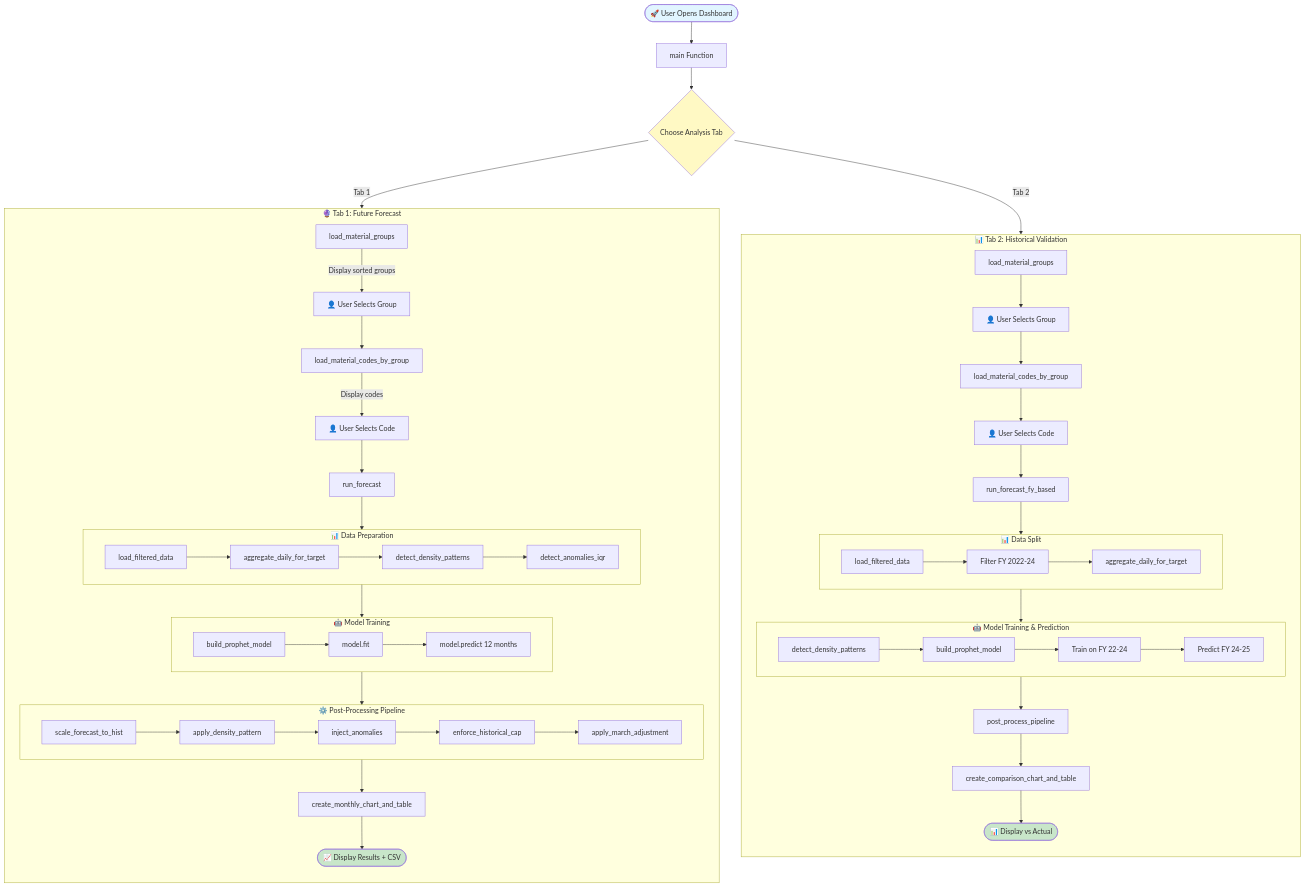
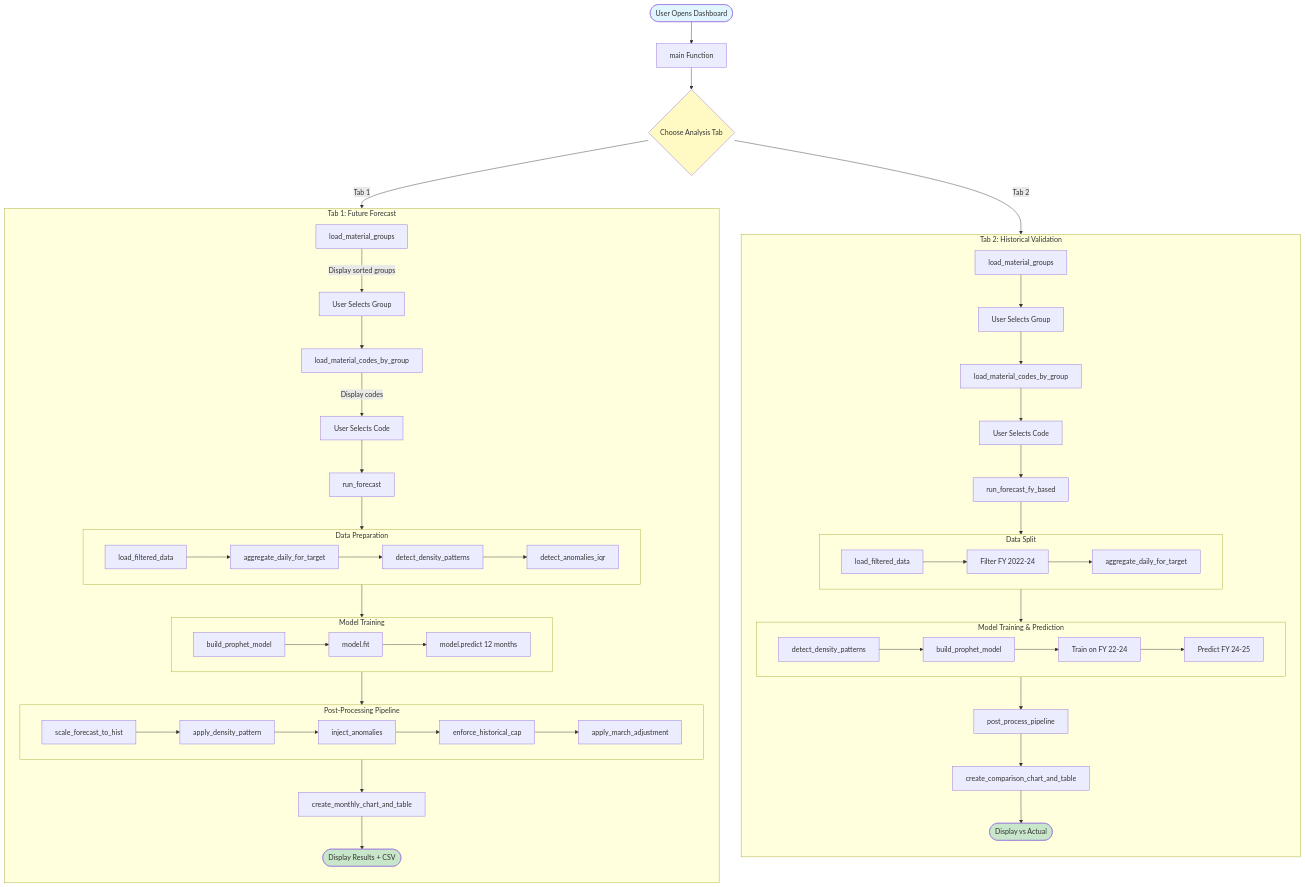
One commit to Tejas-kasmo/Supreme changed the first of 4 diagrams in README.md. Above: the diagram before and after it, drawn with Mermaid. The commit also changed other lines of this file, not shown here.

````diff
--- a/README.md
+++ b/README.md
@@ -80,70 +80,70 @@
 ```mermaid
 flowchart TD
-    Start([🚀 User Opens Dashboard]) --> Main[main Function]
+    Start([User Opens Dashboard]) --> Main[main Function]
     Main --> TabChoice{Choose Analysis Tab}
     
-    subgraph Tab1["🔮 Tab 1: Future Forecast"]
+    subgraph Tab1["Tab 1: Future Forecast"]
         direction TB
-        LoadMG1[load_material_groups]-->|"Display sorted groups"| SelectGroup1[👤 User Selects Group]
+        LoadMG1[load_material_groups]-->|"Display sorted groups"| SelectGroup1[User Selects Group]
         SelectGroup1 --> LoadMC1[load_material_codes_by_group]
-        LoadMC1 -->|"Display codes"| SelectCode1[👤 User Selects Code]
+        LoadMC1 -->|"Display codes"| SelectCode1[User Selects Code]
         SelectCode1 --> RunForecast[run_forecast]
         
-        subgraph DataPrep1["📊 Data Preparation"]
+        subgraph DataPrep1["Data Preparation"]
             LoadData1[load_filtered_data]-->AggDaily1[aggregate_daily_for_target]
             AggDaily1-->DetectDensity1[detect_density_patterns]
             DetectDensity1-->DetectAnom1[detect_anomalies_iqr]
         end
         
-        subgraph Model1["🤖 Model Training"]
+        subgraph Model1["Model Training"]
             BuildModel1[build_prophet_model]-->Train1[model.fit]
             Train1-->Predict1[model.predict 12 months]
         end
         
-        subgraph PostProc1["⚙️ Post-Processing Pipeline"]
+        subgraph PostProc1["Post-Processing Pipeline"]
             Scale1[scale_forecast_to_hist]-->DensityPat1[apply_density_pattern]
             DensityPat1-->Anomaly1[inject_anomalies]
             Anomaly1-->Cap1[enforce_historical_cap]
             Cap1-->March1[apply_march_adjustment]
         end
         
         RunForecast-->DataPrep1
         DataPrep1-->Model1
         Model1-->PostProc1
         PostProc1-->MonthlyChart1[create_monthly_chart_and_table]
-        MonthlyChart1-->Display1([📈 Display Results + CSV])
+        MonthlyChart1-->Display1([Display Results + CSV])
     end
     
-    subgraph Tab2["📊 Tab 2: Historical Validation"]
+    subgraph Tab2["Tab 2: Historical Validation"]
         direction TB
-        LoadMG2[load_material_groups]-->SelectGroup2[👤 User Selects Group]
+        LoadMG2[load_material_groups]-->SelectGroup2[User Selects Group]
         SelectGroup2-->LoadMC2[load_material_codes_by_group]
-        LoadMC2-->SelectCode2[👤 User Selects Code]
+        LoadMC2-->SelectCode2[User Selects Code]
         SelectCode2-->RunForecastFY[run_forecast_fy_based]
         
-        subgraph DataPrep2["📊 Data Split"]
+        subgraph DataPrep2["Data Split"]
             LoadData2[load_filtered_data]-->FilterTrain[Filter FY 2022-24]
             FilterTrain-->AggDaily2[aggregate_daily_for_target]
         end
         
-        subgraph Model2["🤖 Model Training & Prediction"]
+        subgraph Model2["Model Training & Prediction"]
             DetectDensity2[detect_density_patterns]-->BuildModel2[build_prophet_model]
             BuildModel2-->Train2[Train on FY 22-24]
             Train2-->Predict2[Predict FY 24-25]
         end
         
         RunForecastFY-->DataPrep2
         DataPrep2-->Model2
         Model2-->PostProcess2[post_process_pipeline]
         PostProcess2-->Compare[create_comparison_chart_and_table]
-        Compare-->Display2([📊 Display vs Actual])
+        Compare-->Display2([Display vs Actual])
     end
     
     TabChoice -->|"Tab 1"| Tab1
     TabChoice -->|"Tab 2"| Tab2
     
     style Start fill:#e1f5ff
     style Display1 fill:#c8e6c9
     style Display2 fill:#c8e6c9
     style TabChoice fill:#fff9c4
 ```
````
